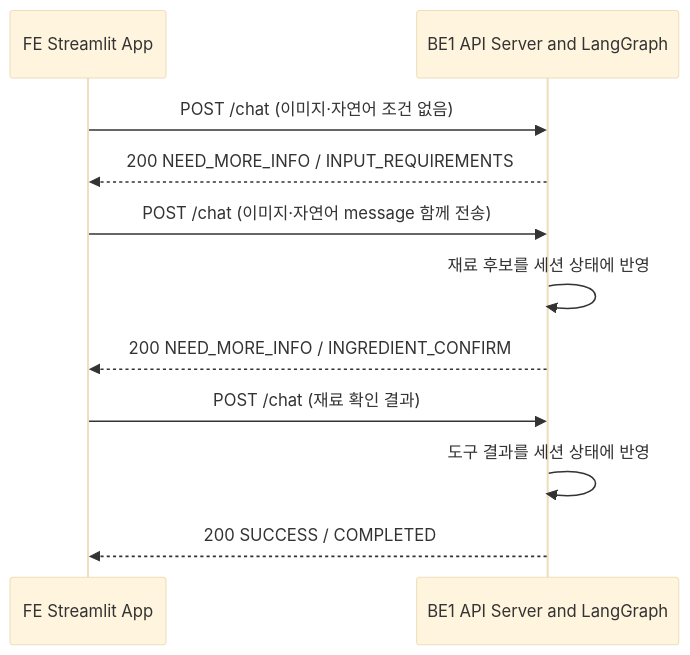
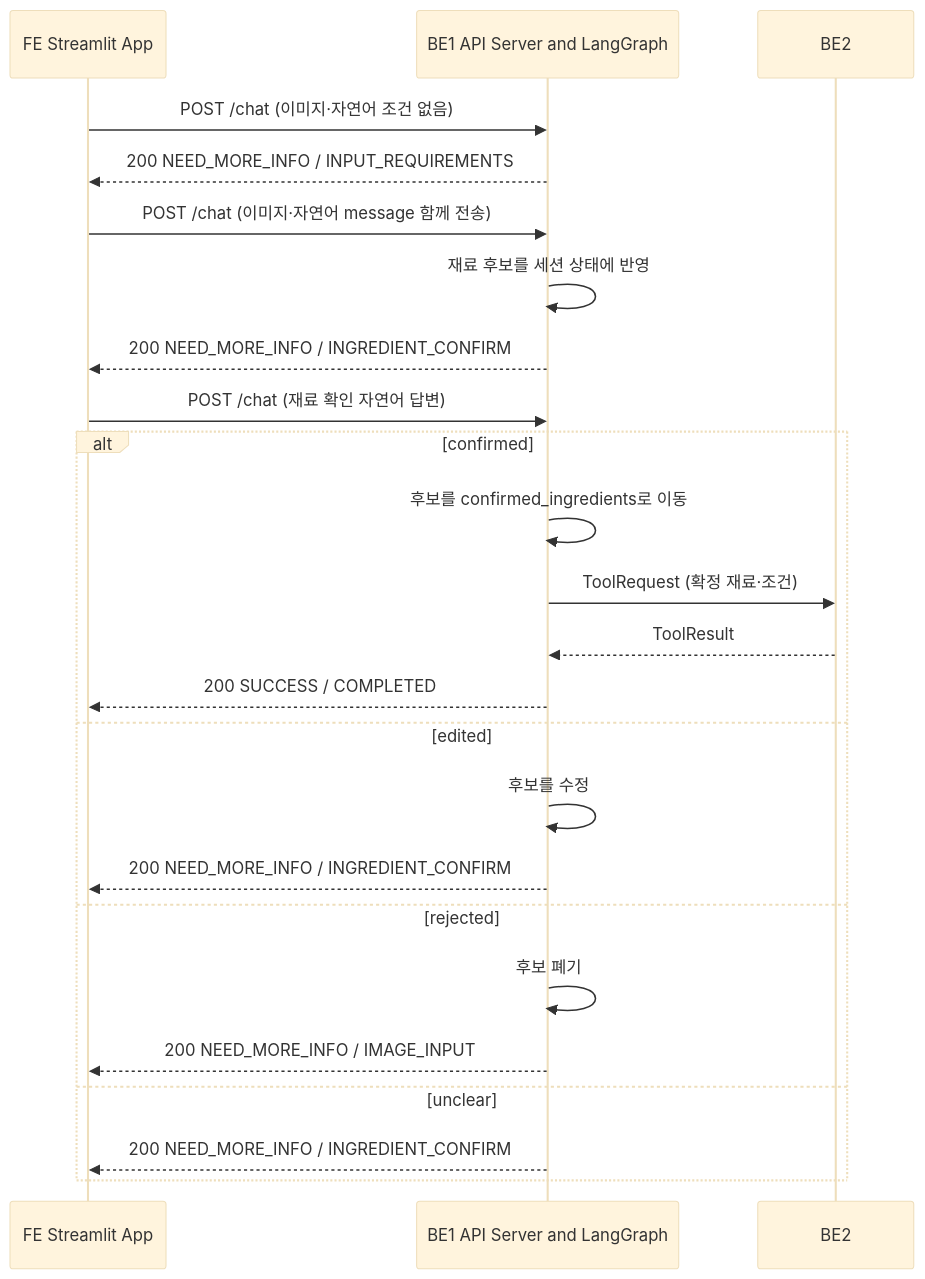
The first of 3 diagrams in docs/data-flow.md (DongJunee/2026_aio2_p2_PlanEat_Backend), drawn with Mermaid (base theme) before and after one commit. The commit also changed other lines of this file and 12 other files, not shown here.

````diff
--- a/docs/data-flow.md
+++ b/docs/data-flow.md
@@ -18,16 +18,28 @@
 ```mermaid
 sequenceDiagram
     participant FE as FE Streamlit App
     participant BE1 as BE1 API Server and LangGraph
 
     FE->>BE1: POST /chat (이미지·자연어 조건 없음)
     BE1-->>FE: 200 NEED_MORE_INFO / INPUT_REQUIREMENTS
 
     FE->>BE1: POST /chat (이미지·자연어 message 함께 전송)
     BE1->>BE1: 재료 후보를 세션 상태에 반영
     BE1-->>FE: 200 NEED_MORE_INFO / INGREDIENT_CONFIRM
 
-    FE->>BE1: POST /chat (재료 확인 결과)
-    BE1->>BE1: 도구 결과를 세션 상태에 반영
-    BE1-->>FE: 200 SUCCESS / COMPLETED
+    FE->>BE1: POST /chat (재료 확인 자연어 답변)
+    alt confirmed
+        BE1->>BE1: 후보를 confirmed_ingredients로 이동
+        BE1->>BE2: ToolRequest (확정 재료·조건)
+        BE2-->>BE1: ToolResult
+        BE1-->>FE: 200 SUCCESS / COMPLETED
+    else edited
+        BE1->>BE1: 후보를 수정
+        BE1-->>FE: 200 NEED_MORE_INFO / INGREDIENT_CONFIRM
+    else rejected
+        BE1->>BE1: 후보 폐기
+        BE1-->>FE: 200 NEED_MORE_INFO / IMAGE_INPUT
+    else unclear
+        BE1-->>FE: 200 NEED_MORE_INFO / INGREDIENT_CONFIRM
+    end
 ```
````
